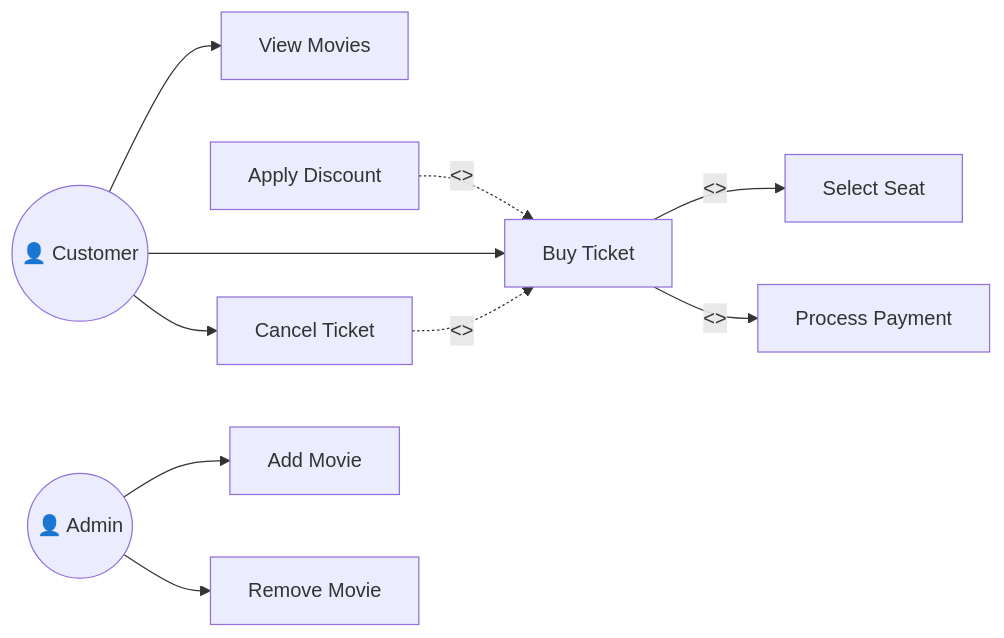
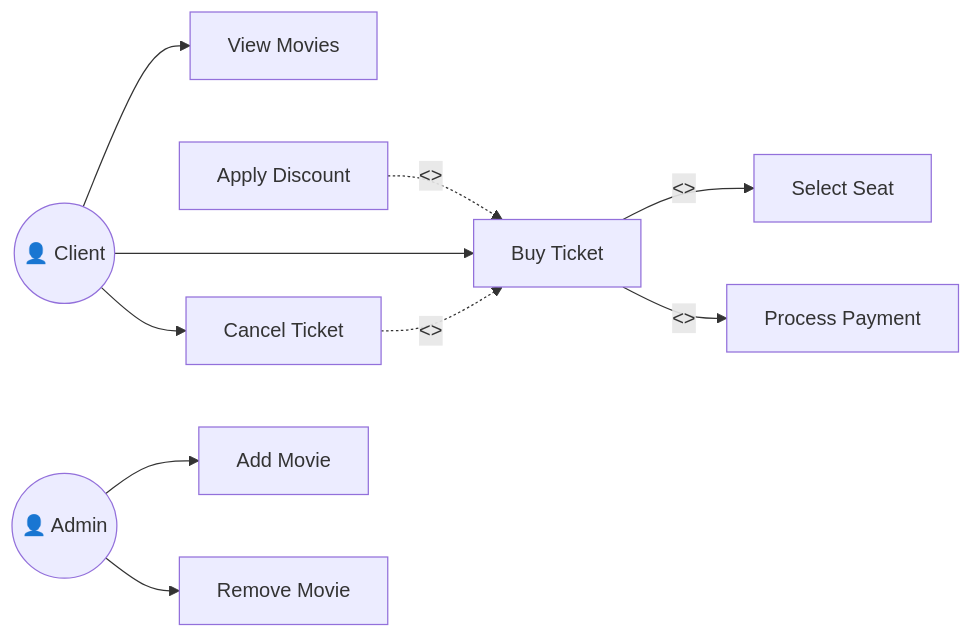
Before and after one commit to DanutSavu/lab2: the diagram in README.md, drawn with Mermaid.

````diff
--- a/README.md
+++ b/README.md
@@ -3,29 +3,29 @@
 ```mermaid
 flowchart LR
 
-Customer((👤 Customer))
+Client((👤 Client))
 Admin((👤 Admin))
 
 ViewMovies[View Movies]
 BuyTicket[Buy Ticket]
 SelectSeat[Select Seat]
 ProcessPayment[Process Payment]
 ApplyDiscount[Apply Discount]
 CancelTicket[Cancel Ticket]
 
 AddMovie[Add Movie]
 RemoveMovie[Remove Movie]
 
-Customer --> ViewMovies
-Customer --> BuyTicket
-Customer --> CancelTicket
+Client --> ViewMovies
+Client --> BuyTicket
+Client --> CancelTicket
 
 Admin --> AddMovie
 Admin --> RemoveMovie
 
 BuyTicket -->|<<include>>| SelectSeat
 BuyTicket -->|<<include>>| ProcessPayment
 
 ApplyDiscount -.->|<<extend>>| BuyTicket
 CancelTicket -.->|<<extend>>| BuyTicket
 ```
````
